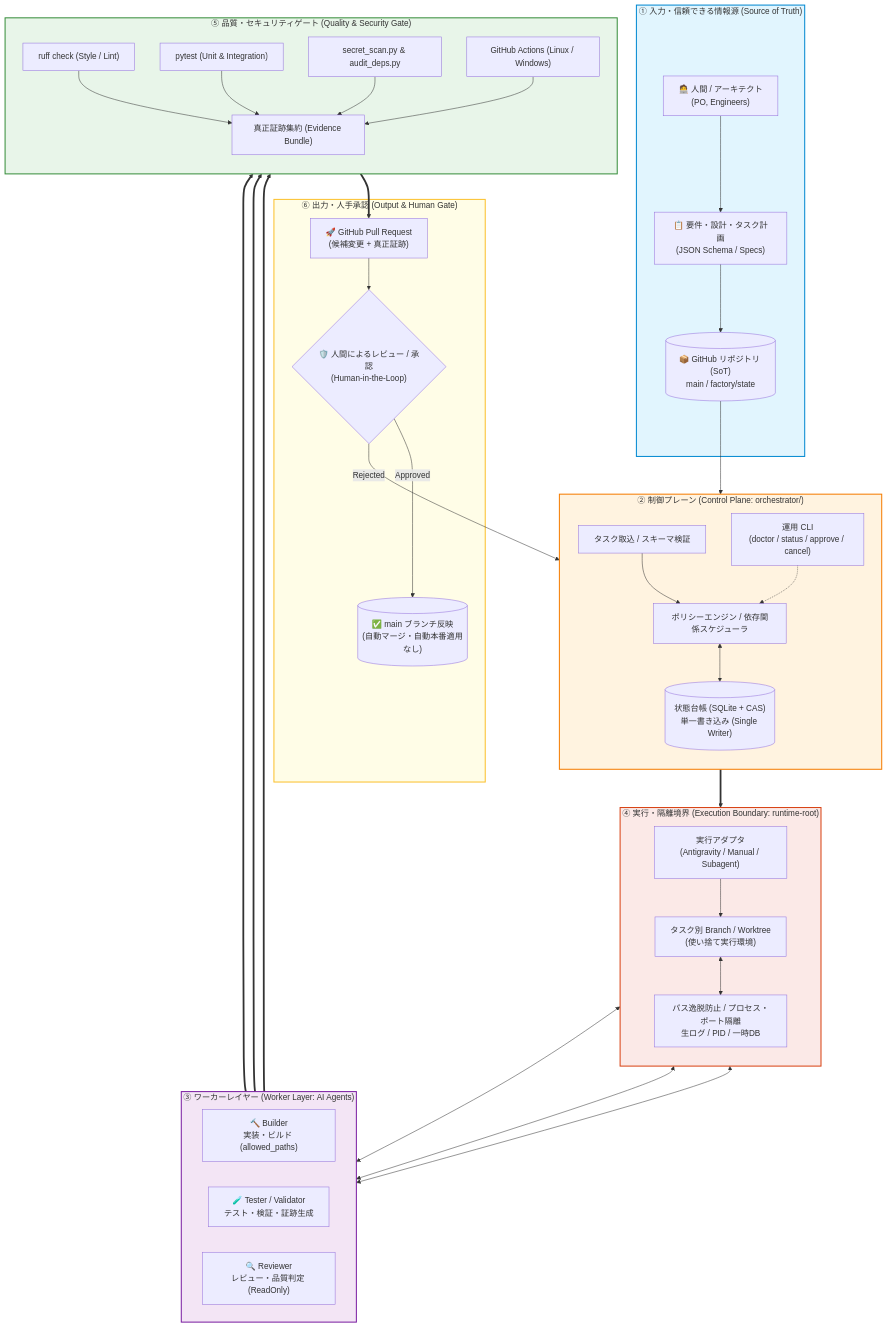
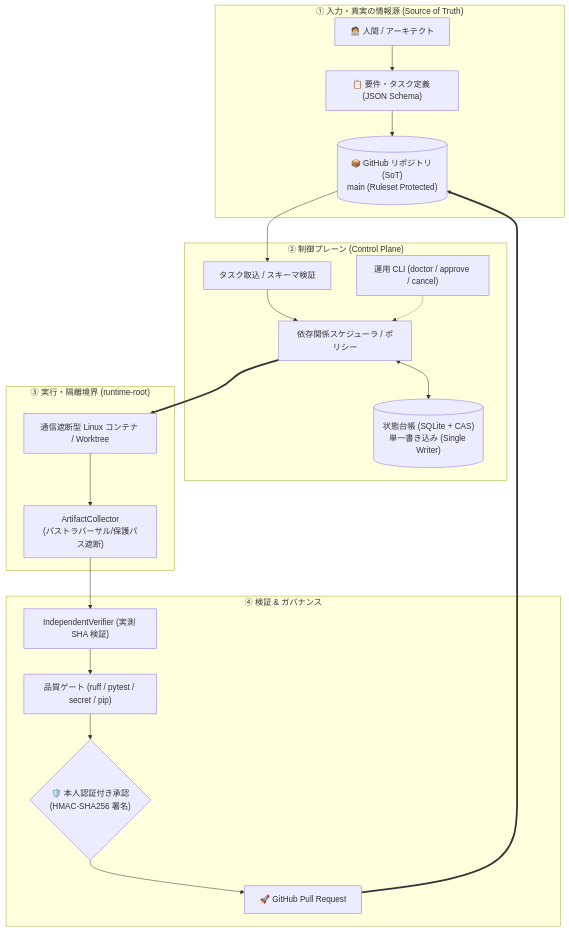
One commit to moruku36/ai-engineering-factory changed the diagram in README.md. Above: the diagram before and after it, drawn with Mermaid. The commit also changed other lines of this file and 3 other files, not shown here.

````diff
--- a/README.md
+++ b/README.md
@@ -81,73 +143,36 @@
 ```mermaid
 flowchart TD
-    subgraph S1["① 入力・信頼できる情報源 (Source of Truth)"]
-        Human["🧑‍💻 人間 / アーキテクト\n(PO, Engineers)"]
-        Spec["📋 要件・設計・タスク計画\n(JSON Schema / Specs)"]
-        Repo[("📦 GitHub リポジトリ (SoT)\nmain / factory/state")]
+    subgraph S1["① 入力・真実の情報源 (Source of Truth)"]
+        Human["🧑‍💻 人間 / アーキテクト"]
+        Spec["📋 要件・タスク定義 (JSON Schema)"]
+        Repo[("📦 GitHub リポジトリ (SoT)\nmain (Ruleset Protected)")]
         Human --> Spec --> Repo
     end
 
-    subgraph S2["② 制御プレーン (Control Plane: orchestrator/)"]
-        direction TB
+    subgraph S2["② 制御プレーン (Control Plane)"]
         Ingest["タスク取込 / スキーマ検証"]
-        Sched["ポリシーエンジン / 依存関係スケジューラ"]
+        Sched["依存関係スケジューラ / ポリシー"]
         StateLedger[("状態台帳 (SQLite + CAS)\n単一書き込み (Single Writer)")]
-        CLI["運用 CLI\n(doctor / status / approve / cancel)"]
+        CLI["運用 CLI (doctor / approve / cancel)"]
         Ingest --> Sched <--> StateLedger
         CLI -.-> Sched
     end
 
-    subgraph S4["④ 実行・隔離境界 (Execution Boundary: runtime-root)"]
-        direction TB
-        WT["タスク別 Branch / Worktree\n(使い捨て実行環境)"]
-        Adapter["実行アダプタ\n(Antigravity / Manual / Subagent)"]
-        Sandbox["パス逸脱防止 / プロセス・ポート隔離\n生ログ / PID / 一時DB"]
-        Adapter --> WT <--> Sandbox
+    subgraph S3["③ 実行・隔離境界 (runtime-root)"]
+        Container["通信遮断型 Linux コンテナ / Worktree"]
+        Collector["ArtifactCollector\n(パストラバーサル/保護パス遮断)"]
+        Container --> Collector
     end
 
-    subgraph S3["③ ワーカーレイヤー (Worker Layer: AI Agents)"]
-        direction LR
-        Builder["🔨 Builder\n実装・ビルド (allowed_paths)"]
-        Tester["🧪 Tester / Validator\nテスト・検証・証跡生成"]
-        Reviewer["🔍 Reviewer\nレビュー・品質判定 (ReadOnly)"]
-    end
-
-    subgraph S5["⑤ 品質・セキュリティゲート (Quality & Security Gate)"]
-        direction TB
-        Lint["ruff check (Style / Lint)"]
-        Tests["pytest (Unit & Integration)"]
-        SecScan["secret_scan.py & audit_deps.py"]
-        CI["GitHub Actions (Linux / Windows)"]
-        Evidence["真正証跡集約 (Evidence Bundle)"]
-        Lint & Tests & SecScan & CI --> Evidence
-    end
-
-    subgraph S6["⑥ 出力・人手承認 (Output & Human Gate)"]
-        PR["🚀 GitHub Pull Request\n(候補変更 + 真正証跡)"]
-        HumanApproval{"🛡️ 人間によるレビュー / 承認\n(Human-in-the-Loop)"}
-        MainBranch[("✅ main ブランチ反映\n(自動マージ・自動本番適用なし)")]
-        PR --> HumanApproval
-        HumanApproval -- "Approved" --> MainBranch
-        HumanApproval -- "Rejected" --> Ingest
+    subgraph S4["④ 検証 & ガバナンス"]
+        Verifier["IndependentVerifier (実測 SHA 検証)"]
+        Gate["品質ゲート (ruff / pytest / secret / pip)"]
+        Approval{"🛡️ 本人認証付き承認\n(HMAC-SHA256 署名)"}
+        PR["🚀 GitHub Pull Request"]
+        Collector --> Verifier --> Gate --> Approval --> PR
     end
 
     Repo --> Ingest
-    Sched ==> Adapter
-    WT <--> Builder & Tester & Reviewer
-    Builder & Tester & Reviewer ==> S5
-    Evidence ==> PR
-
-    classDef sot fill:#e1f5fe,stroke:#0288d1,stroke-width:2px;
-    classDef cp fill:#fff3e0,stroke:#f57c00,stroke-width:2px;
-    classDef worker fill:#f3e5f5,stroke:#7b1fa2,stroke-width:2px;
-    classDef boundary fill:#fbe9e7,stroke:#d84315,stroke-width:2px;
-    classDef gate fill:#e8f5e9,stroke:#388e3c,stroke-width:2px;
-    classDef human fill:#fffde7,stroke:#fbc02d,stroke-width:2px;
-
-    class S1 sot;
-    class S2 cp;
-    class S3 worker;
-    class S4 boundary;
-    class S5 gate;
-    class S6 human;
+    Sched ==> Container
+    PR ==> Repo
 ```
````
